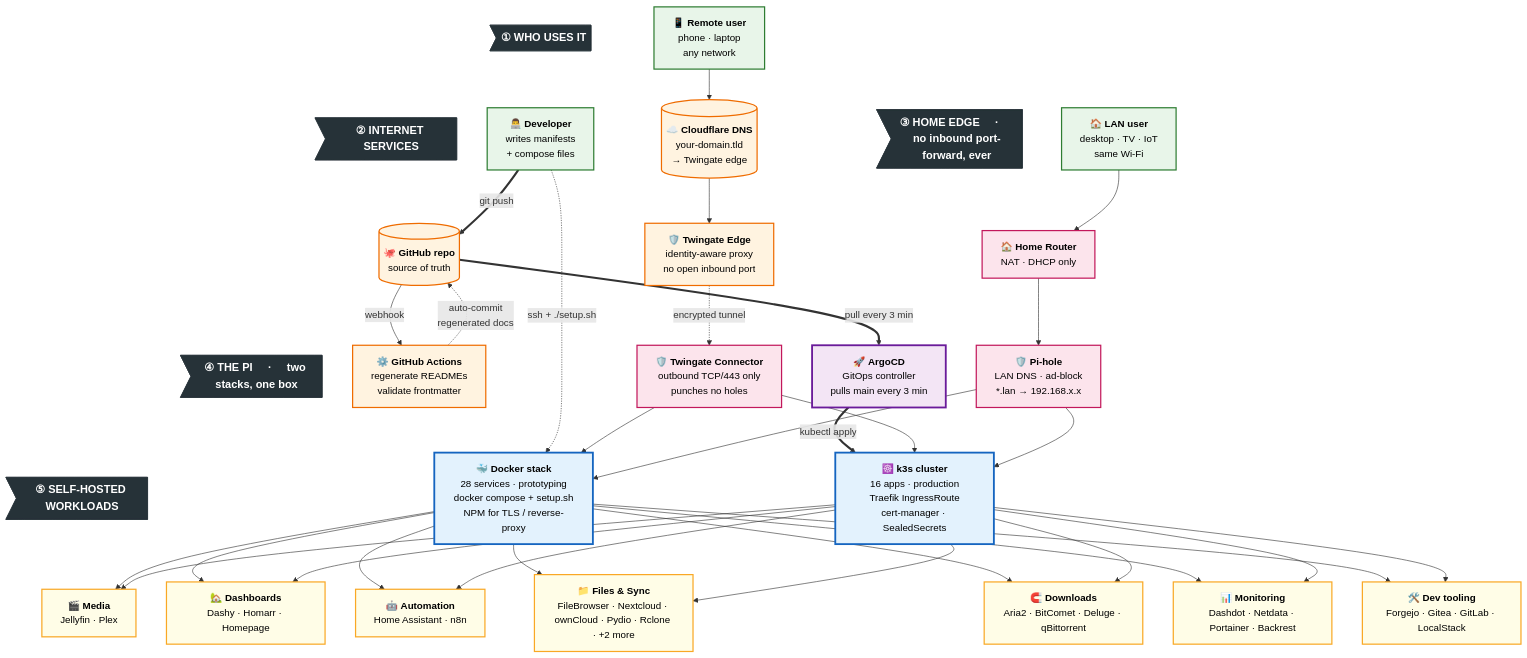
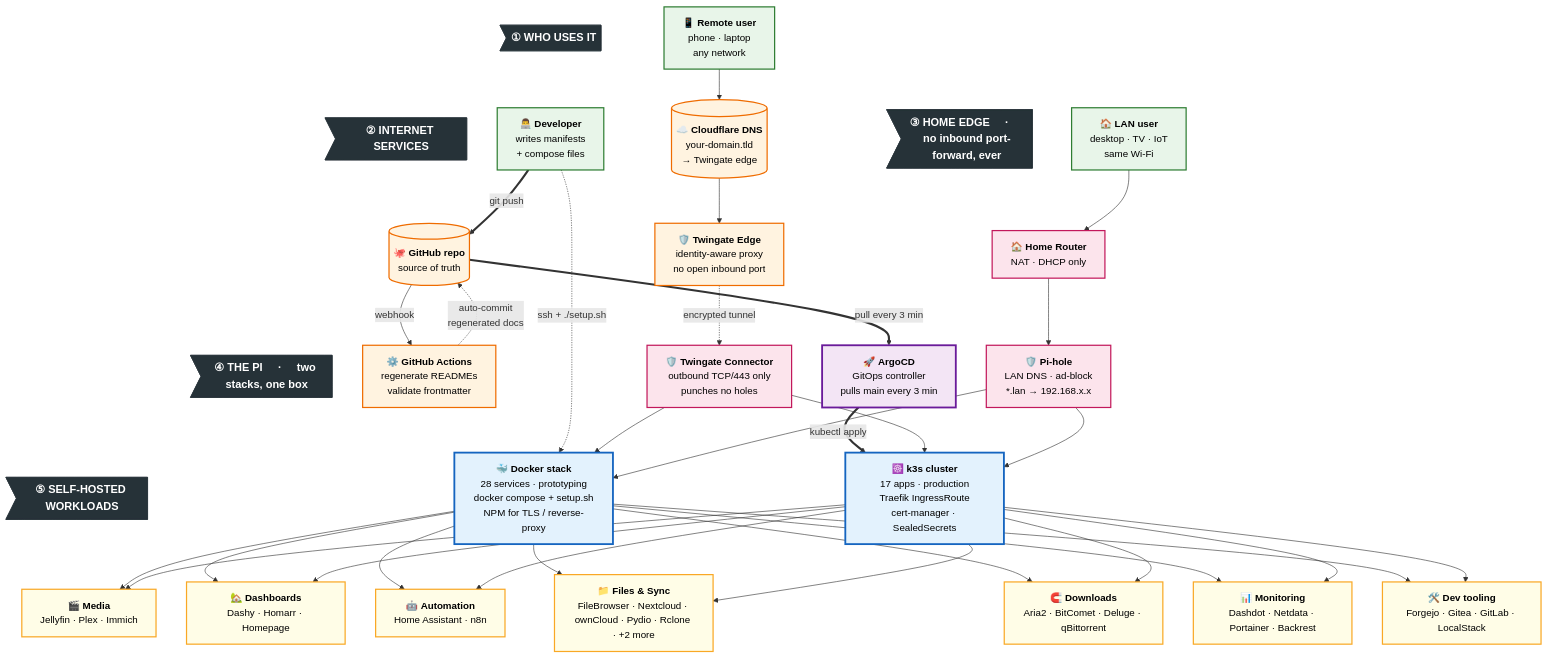
Before and after one commit to Thre4dripper/Home-Server-Lab: the diagram in README.md, drawn with Mermaid. The commit also changed other lines of this file and 14 other files, not shown here.

```diff
--- a/README.md
+++ b/README.md
@@ -98,11 +98,11 @@
     %% ─── TIER 4 · the Pi ────────────────────────────────────────────────
     Docker[🐳 <b>Docker stack</b><br/>28 services · prototyping<br/>docker compose + setup.sh<br/>NPM for TLS / reverse-proxy]
     Argo[🚀 <b>ArgoCD</b><br/>GitOps controller<br/>pulls main every 3 min]
-    K3s[☸️ <b>k3s cluster</b><br/>16 apps · production<br/>Traefik IngressRoute<br/>cert-manager · SealedSecrets]
+    K3s[☸️ <b>k3s cluster</b><br/>17 apps · production<br/>Traefik IngressRoute<br/>cert-manager · SealedSecrets]
 
 
     %% ─── TIER 5 · self-hosted workloads (auto-generated) ────────────────
-    W1[🎬 <b>Media</b><br/>Jellyfin · Plex]
+    W1[🎬 <b>Media</b><br/>Jellyfin · Plex · Immich]
     W2[🏡 <b>Dashboards</b><br/>Dashy · Homarr · Homepage]
     W3[🤖 <b>Automation</b><br/>Home Assistant · n8n]
     W4[📁 <b>Files &amp; Sync</b><br/>FileBrowser · Nextcloud · ownCloud · Pydio · Rclone · +2 more]
```
